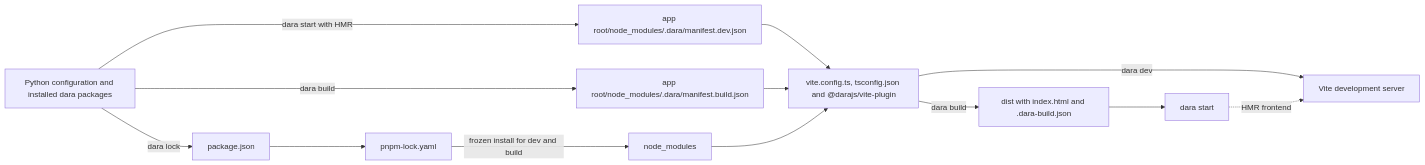
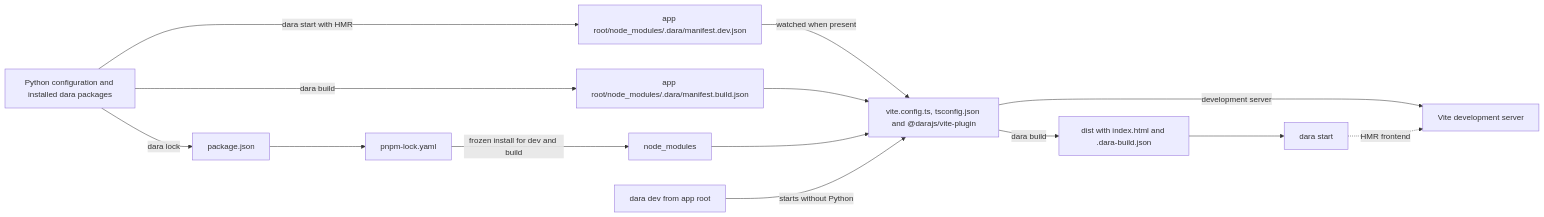
The diagram in docs-internal/proposals/dara-js-build-redesign.md (causalens/dara), drawn with Mermaid before and after one commit. The commit also changed other lines of this file, not shown here.

Commit message:
docs: make dara dev config-free

````diff
--- a/docs-internal/proposals/dara-js-build-redesign.md
+++ b/docs-internal/proposals/dara-js-build-redesign.md
@@ -154,22 +156,25 @@
 ```mermaid
 flowchart LR
     config["Python configuration and installed dara packages"]
     package["package.json"]
     lock["pnpm-lock.yaml"]
     devManifest["app root/node_modules/.dara/manifest.dev.json"]
     buildManifest["app root/node_modules/.dara/manifest.build.json"]
     modules["node_modules"]
     vite["vite.config.ts, tsconfig.json and @darajs/vite-plugin"]
+    devCommand["dara dev from app root"]
     dev["Vite development server"]
     dist["dist with index.html and .dara-build.json"]
     start["dara start"]
 
     config -->|"dara lock"| package --> lock
     lock -->|"frozen install for dev and build"| modules
-    config -->|"dara start with HMR"| devManifest --> vite
+    config -->|"dara start with HMR"| devManifest
+    devManifest -->|"watched when present"| vite
     config -->|"dara build"| buildManifest --> vite
     modules --> vite
-    vite -->|"dara dev"| dev
+    devCommand -->|"starts without Python"| vite
+    vite -->|"development server"| dev
     vite -->|"dara build"| dist --> start
     start -.->|"HMR frontend"| dev
 ```
````
